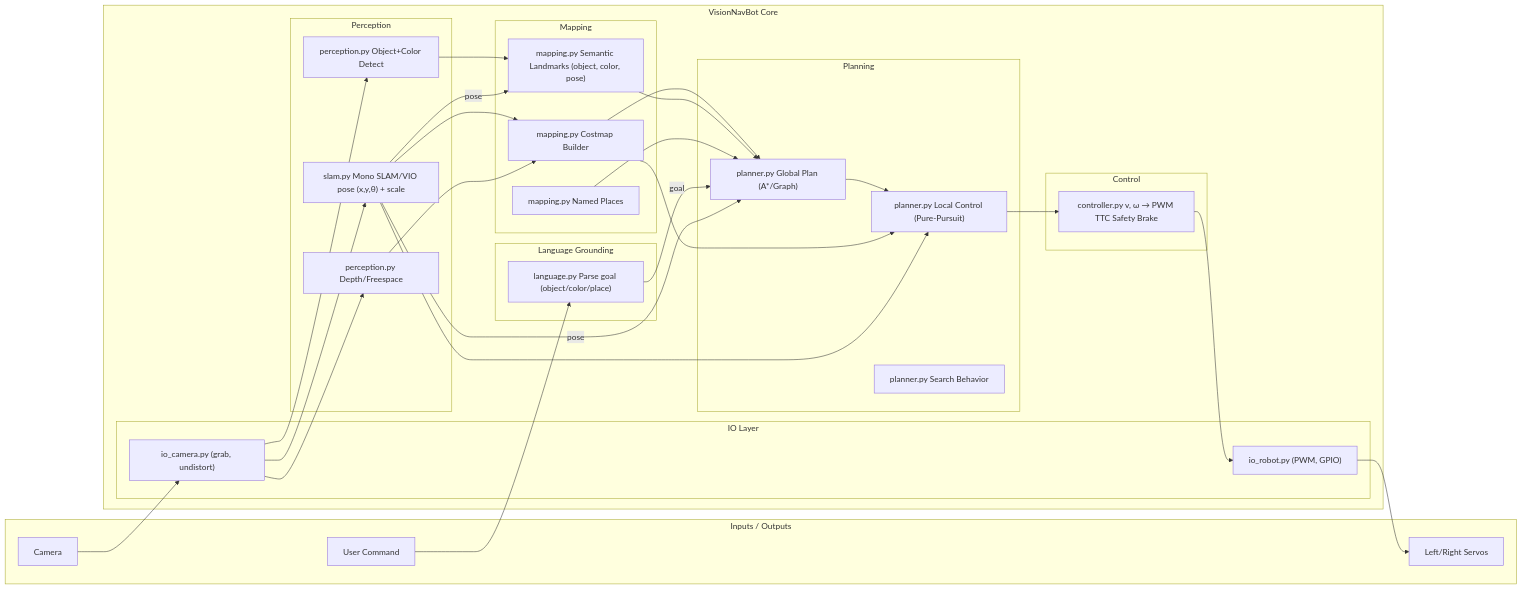
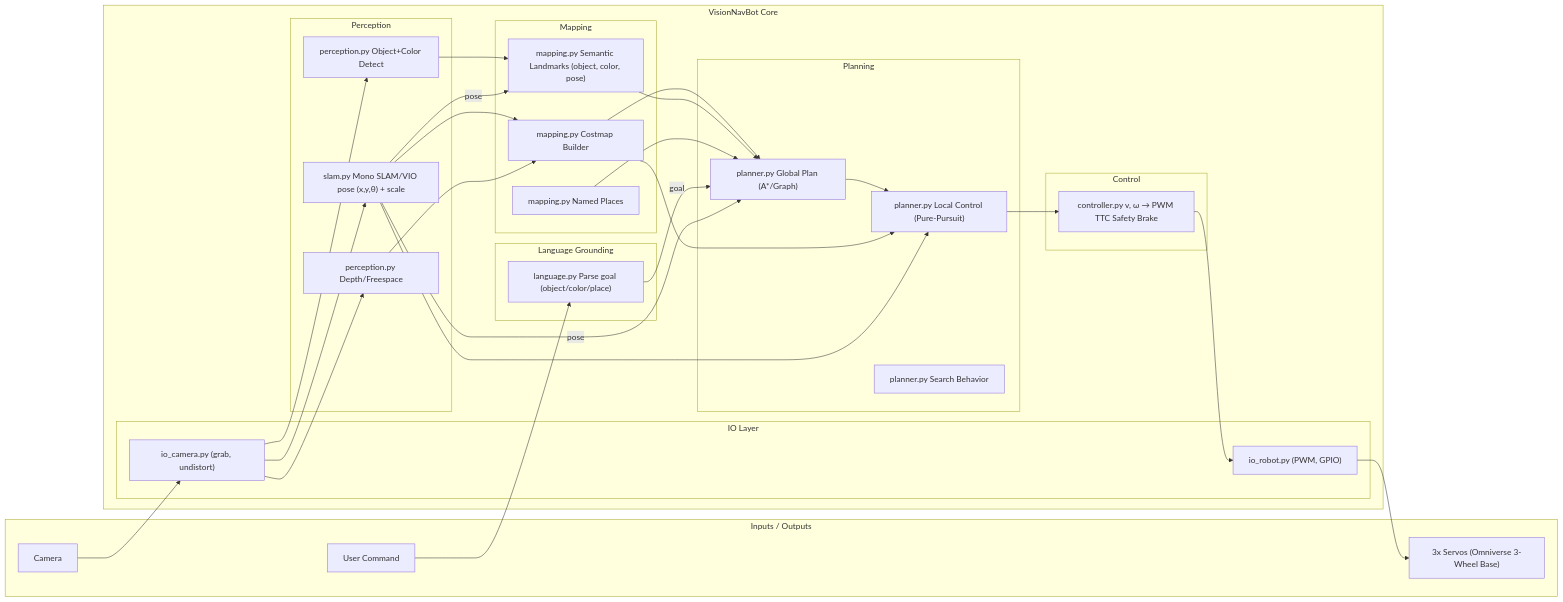
One commit to chongxi/egocentric_control changed the diagram in VisionNavBot/READEME.md. Above: the diagram before and after it, drawn with Mermaid.

Commit message:
Update servo description in README.md to specify "3x Servos (Omniverse 3-Wheel Base)"

````diff
--- a/VisionNavBot/READEME.md
+++ b/VisionNavBot/READEME.md
@@ -1,69 +1,69 @@
 ```mermaid
 flowchart LR
   %% ===== System Architecture (runtime dataflow) =====
   subgraph Inputs_Outputs["Inputs / Outputs"]
     Cam["Camera"]
     User["User Command"]
-    Servos["Left/Right Servos"]
+    Servos["3x Servos (Omniverse 3-Wheel Base)"]
   end
 
   subgraph Core["VisionNavBot Core"]
     subgraph IO["IO Layer"]
       IOCam["io_camera.py (grab, undistort)"]
       IORobot["io_robot.py (PWM, GPIO)"]
     end
 
     subgraph Perception["Perception"]
       SLAM["slam.py Mono SLAM/VIO pose (x,y,θ) + scale"]
       DET["perception.py Object+Color Detect"]
       FREE["perception.py Depth/Freespace"]
     end
 
     subgraph Mapping["Mapping"]
       MAP["mapping.py Costmap Builder"]
       SEM["mapping.py Semantic Landmarks (object, color, pose)"]
       PLACES["mapping.py Named Places"]
     end
 
     subgraph Planning["Planning"]
       GLB["planner.py Global Plan (A*/Graph)"]
       LOC["planner.py Local Control (Pure-Pursuit)"]
       SRCH["planner.py Search Behavior"]
     end
 
     subgraph Control["Control"]
       CTR["controller.py v, ω → PWM TTC Safety Brake"]
     end
 
     subgraph Lang["Language Grounding"]
       LPARSE["language.py Parse goal (object/color/place)"]
     end
   end
 
   %% Edges
   Cam --> IOCam
   IOCam --> SLAM
   IOCam --> DET
   IOCam --> FREE
 
   SLAM --> MAP
   FREE --> MAP
   DET --> SEM
   SLAM -->|pose| SEM
 
   MAP --> GLB
   SEM --> GLB
   PLACES --> GLB
 
   User --> LPARSE
   LPARSE -->|goal| GLB
   SLAM -->|pose| GLB
 
   GLB --> LOC
   MAP --> LOC
   SLAM --> LOC
 
   LOC --> CTR
   CTR --> IORobot
   IORobot --> Servos
 ```
````
